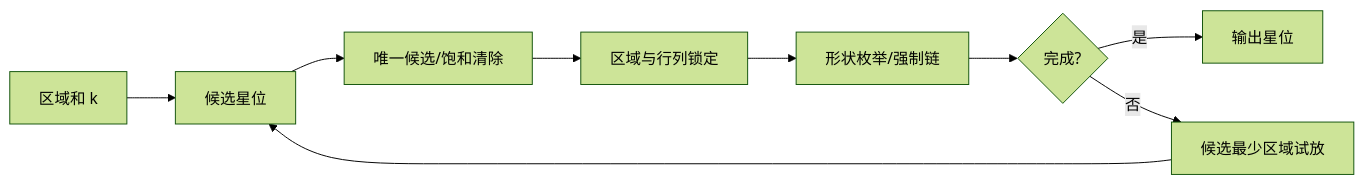
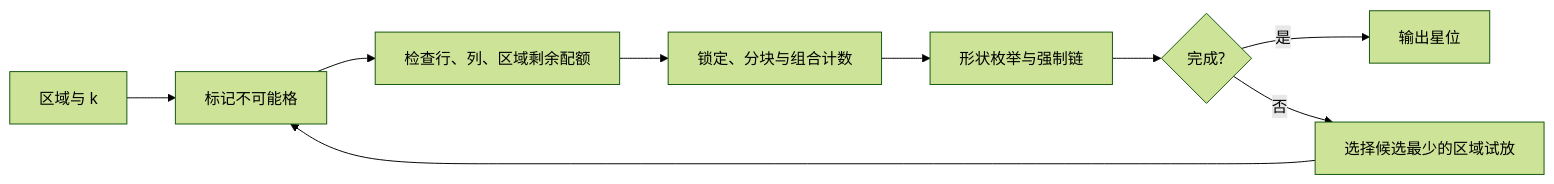
One commit to HakurouKen/puzzle-solver changed the diagram in packages/star-battle/docs/strategies.md. Above: the diagram before and after it, drawn with Mermaid (forest theme). The commit also changed other lines of this file and 3 other files, not shown here.

````diff
--- a/packages/star-battle/docs/strategies.md
+++ b/packages/star-battle/docs/strategies.md
@@ -9,11 +9,11 @@
 ```mermaid
 flowchart LR
-  A[区域和 k] --> B[候选星位]
-  B --> C[唯一候选/饱和清除]
-  C --> D[区域与行列锁定]
-  D --> E[形状枚举/强制链]
+  A[区域与 k] --> B[标记不可能格]
+  B --> C[检查行、列、区域剩余配额]
+  C --> D[锁定、分块与组合计数]
+  D --> E[形状枚举与强制链]
   E --> F{完成?}
   F -- 是 --> G[输出星位]
-  F -- 否 --> H[候选最少区域试放]
+  F -- 否 --> H[选择候选最少的区域试放]
   H --> B
 ```
````
